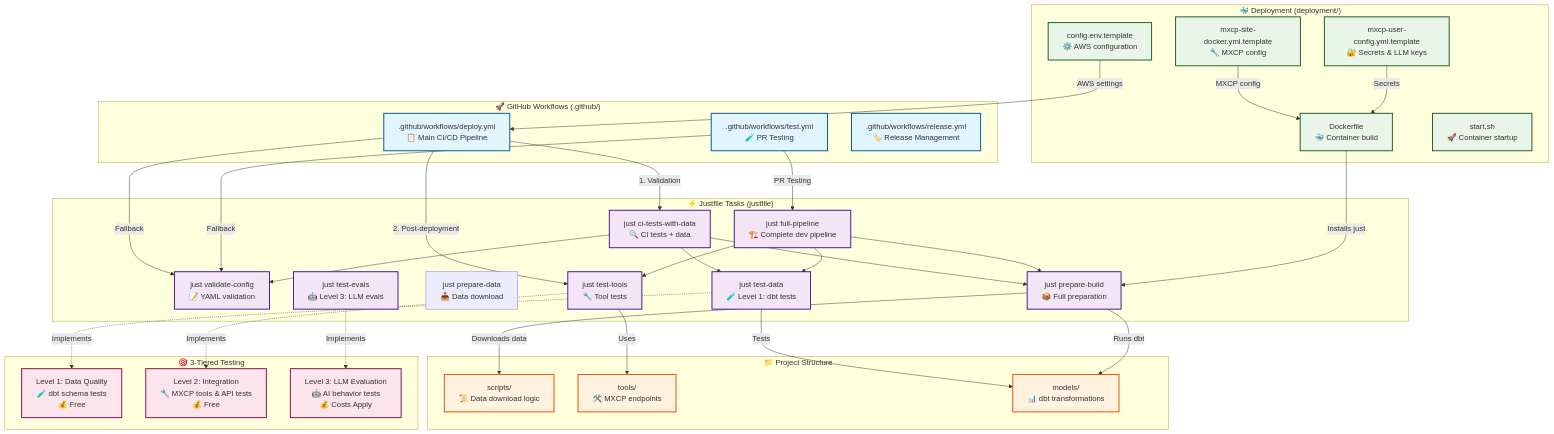
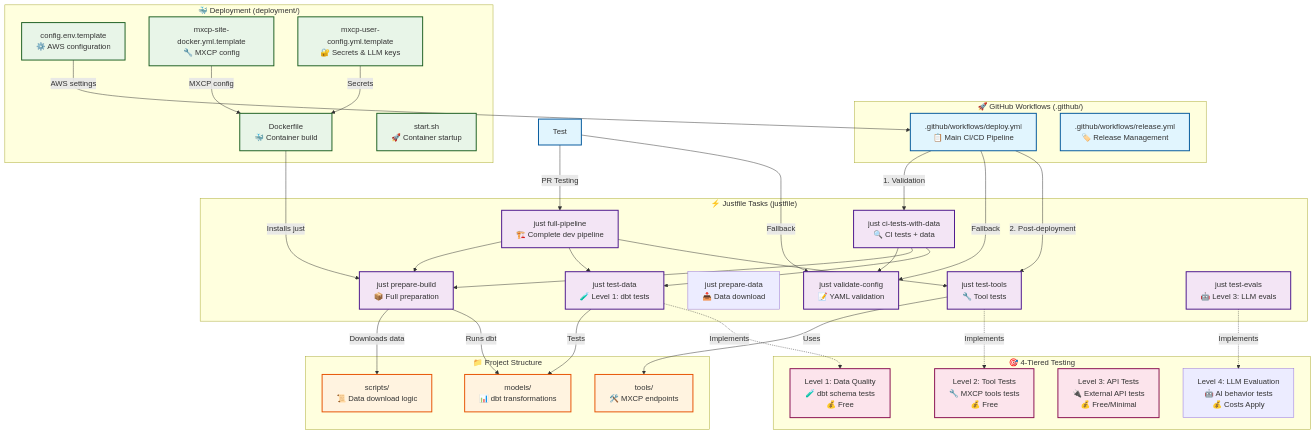
One commit to raw-labs/mxcp-project-deployment-template changed the second of 2 diagrams in README.md. Above: the diagram before and after it, drawn with Mermaid. The commit also changed other lines of this file, not shown here.

First line of the commit message:
docs: add problem statement and update to 4-tier testing in README

```diff
--- a/README.md
+++ b/README.md
@@ -61,7 +157,6 @@
     %% GitHub Workflows
     subgraph "🚀 GitHub Workflows (.github/)"
         Deploy[".github/workflows/deploy.yml<br/>📋 Main CI/CD Pipeline"]
-        Test[".github/workflows/test.yml<br/>🧪 PR Testing"]
         Release[".github/workflows/release.yml<br/>🏷️ Release Management"]
     end
 
@@ -123,16 +218,17 @@
     MxcpSite -->|"MXCP config"| Dockerfile
     UserConfig -->|"Secrets"| Dockerfile
 
-    %% 3-Tiered Testing
-    subgraph "🎯 3-Tiered Testing"
+    %% 4-Tiered Testing
+    subgraph "🎯 4-Tiered Testing"
         Level1["Level 1: Data Quality<br/>🧪 dbt schema tests<br/>💰 Free"]
-        Level2["Level 2: Integration<br/>🔧 MXCP tools & API tests<br/>💰 Free"]
-        Level3["Level 3: LLM Evaluation<br/>🤖 AI behavior tests<br/>💰 Costs Apply"]
+        Level2["Level 2: Tool Tests<br/>🔧 MXCP tools tests<br/>💰 Free"]
+        Level3["Level 3: API Tests<br/>🔌 External API tests<br/>💰 Free/Minimal"]
+        Level4["Level 4: LLM Evaluation<br/>🤖 AI behavior tests<br/>💰 Costs Apply"]
     end
 
     TestData -.->|"Implements"| Level1
     TestTools -.->|"Implements"| Level2
-    TestEvals -.->|"Implements"| Level3
+    TestEvals -.->|"Implements"| Level4
 
     %% Styling
     classDef workflow fill:#e1f5fe,stroke:#01579b,stroke-width:2px
```
